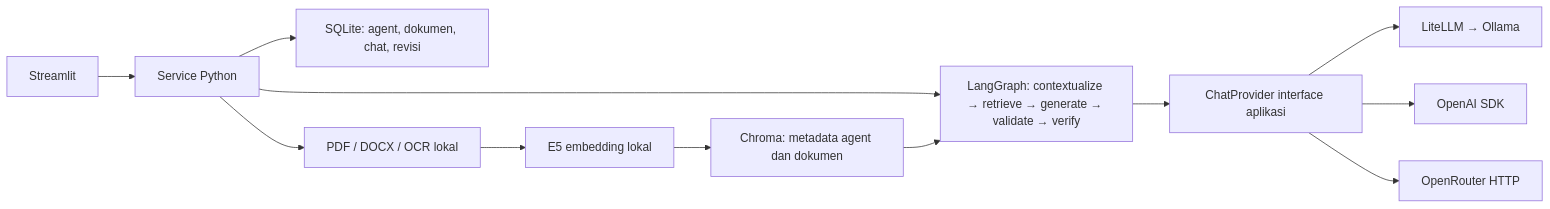
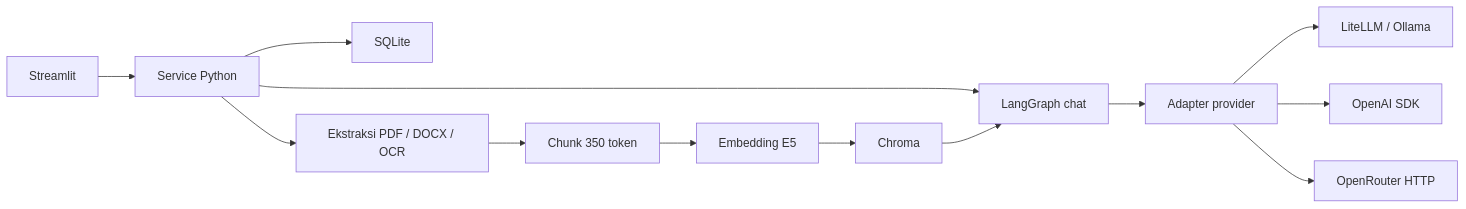
Before and after one commit to sbharahap/Satria_Takehometest: the diagram in README.md, drawn with Mermaid. The commit also changed other lines of this file and 37 other files, not shown here.

````diff
--- a/README.md
+++ b/README.md
@@ -64,14 +60,15 @@
 ```mermaid
 flowchart LR
-    UI[Streamlit] --> S[Service Python]
-    S --> SQL[SQLite: agent, dokumen, chat, revisi]
-    S --> P[PDF / DOCX / OCR lokal]
-    P --> E[E5 embedding lokal]
-    E --> V[Chroma: metadata agent dan dokumen]
-    S --> G[LangGraph: contextualize → retrieve → generate → validate → verify]
+    U[Streamlit] --> S[Service Python]
+    S --> D[SQLite]
+    S --> P[Ekstraksi PDF / DOCX / OCR]
+    P --> C[Chunk 350 token]
+    C --> E[Embedding E5]
+    E --> V[Chroma]
+    S --> G[LangGraph chat]
     V --> G
-    G --> I[ChatProvider interface aplikasi]
-    I --> L[LiteLLM → Ollama]
-    I --> O[OpenAI SDK]
-    I --> R[OpenRouter HTTP]
+    G --> A[Adapter provider]
+    A --> L[LiteLLM / Ollama]
+    A --> O[OpenAI SDK]
+    A --> R[OpenRouter HTTP]
 ```
````
